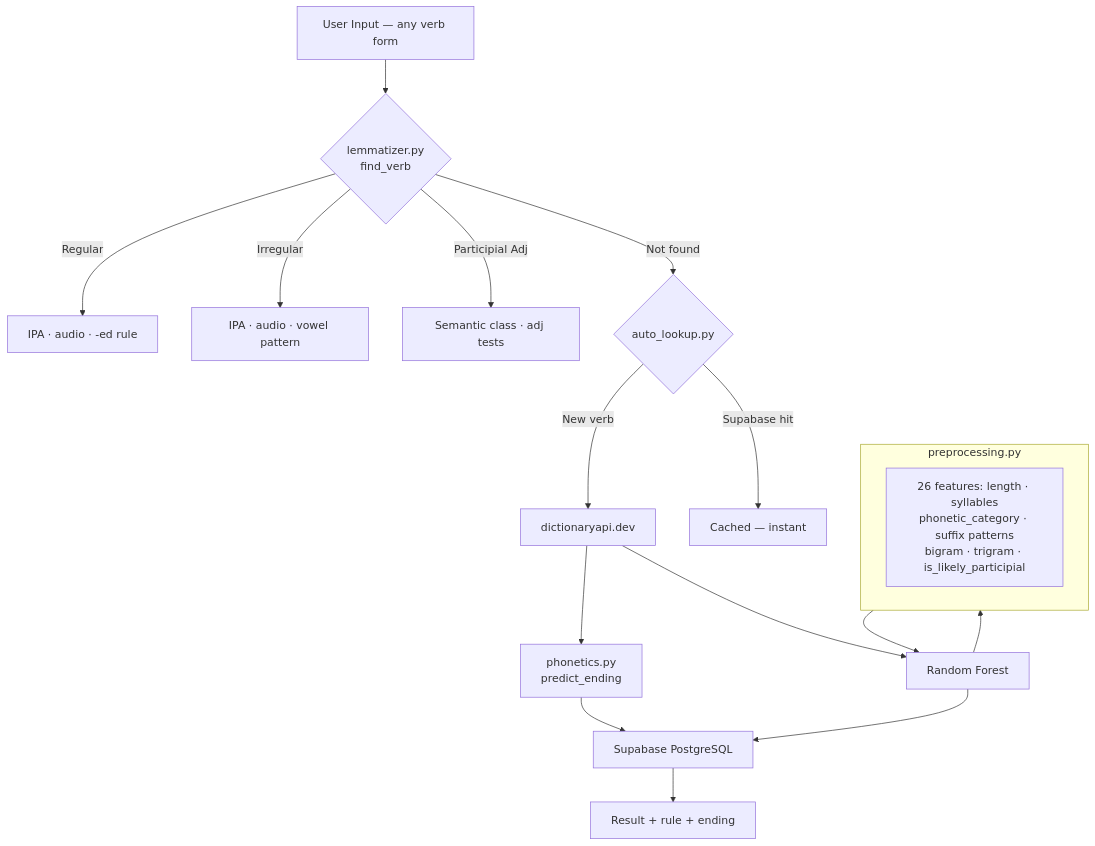
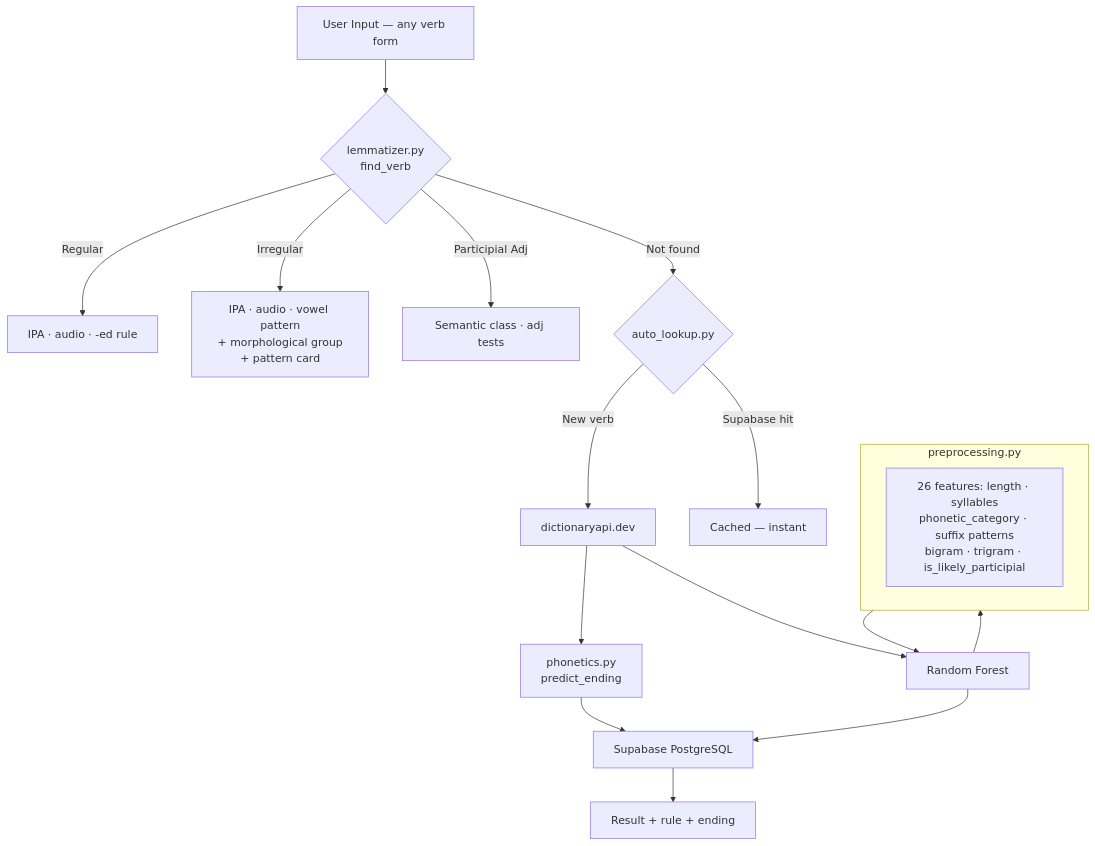
The diagram in README.md (diegopalencia-research/english-verbs-nlp), drawn with Mermaid before and after one commit. The commit also changed other lines of this file, not shown here.

````diff
--- a/README.md
+++ b/README.md
@@ -151,24 +204,24 @@
 ```mermaid
 flowchart TD
     A[User Input — any verb form] --> B{lemmatizer.py\nfind_verb}
 
     B -->|Regular| C[IPA · audio · -ed rule]
-    B -->|Irregular| D[IPA · audio · vowel pattern]
+    B -->|Irregular| D[IPA · audio · vowel pattern\n+ morphological group\n+ pattern card]
     B -->|Participial Adj| E[Semantic class · adj tests]
     B -->|Not found| F{auto_lookup.py}
 
     F -->|Supabase hit| G[Cached — instant]
     F -->|New verb| H[dictionaryapi.dev]
     H --> I[phonetics.py\npredict_ending]
     H --> J[Random Forest]
     I --> K[Supabase PostgreSQL]
     J --> K
     K --> L[Result + rule + ending]
 
     subgraph preprocessing.py
       M[26 features: length · syllables\nphonetic_category · suffix patterns\nbigram · trigram · is_likely_participial]
     end
 
     J --> preprocessing.py
     preprocessing.py --> J
 ```
````
